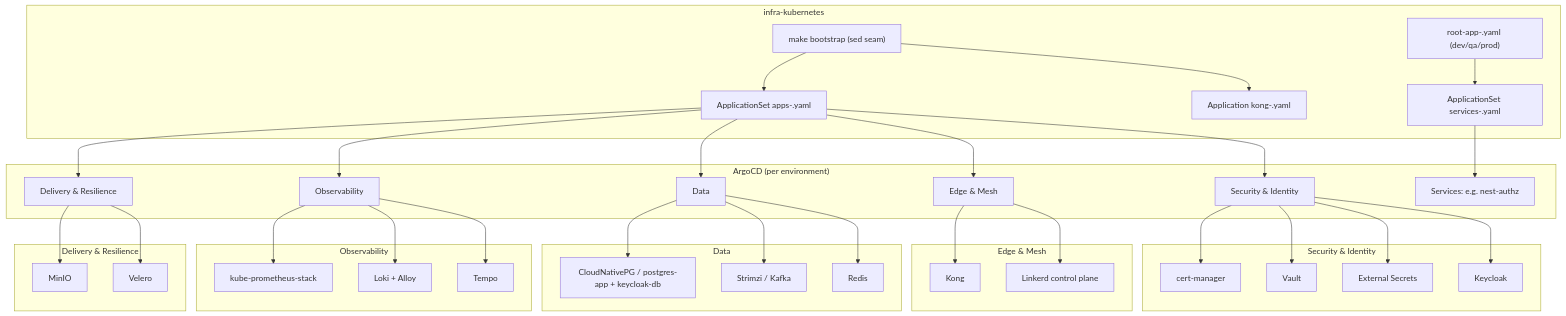
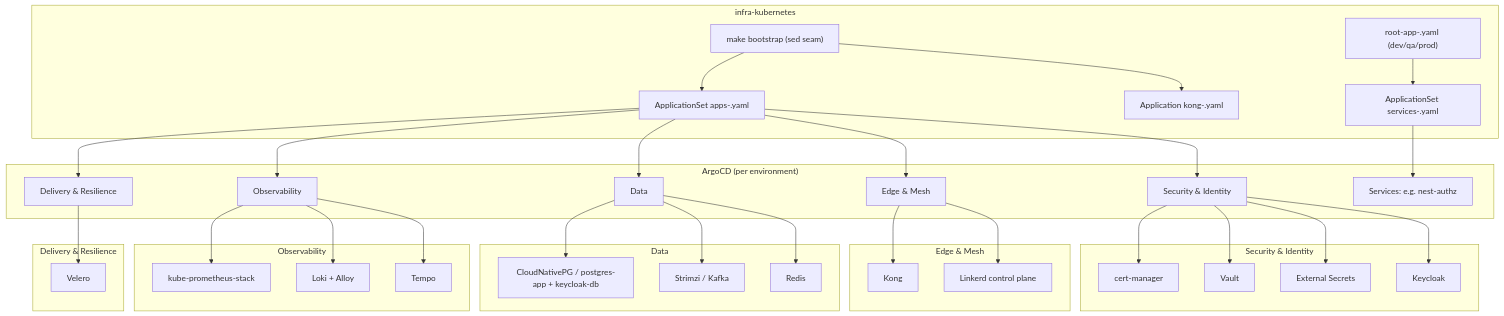
Before and after one commit to sca-templates/infra-kubernetes: the first of 3 diagrams in docs/architecture.md, drawn with Mermaid. The commit also changed other lines of this file and 50 other files, not shown here.

````diff
--- a/docs/architecture.md
+++ b/docs/architecture.md
@@ -43,40 +43,39 @@
 ```mermaid
 graph TD
     subgraph Git["infra-kubernetes"]
         MK["make bootstrap (sed seam)"] --> B["ApplicationSet apps-<env>.yaml"]
         MK --> K["Application kong-<env>.yaml"]
         A["root-app-<env>.yaml (dev/qa/prod)"] --> S["ApplicationSet services-<env>.yaml"]
     end
     subgraph ArgoCD["ArgoCD (per environment)"]
         B --> C[Security & Identity]
         B --> D[Edge & Mesh]
         B --> E[Data]
         B --> F[Observability]
         B --> G[Delivery & Resilience]
         S --> SR[Services: e.g. nest-authz]
     end
     subgraph Security["Security & Identity"]
         C --> C1[cert-manager]
         C --> C2[Vault]
         C --> C3[External Secrets]
         C --> C4[Keycloak]
     end
     subgraph Edge["Edge & Mesh"]
         D --> D1[Kong]
         D --> D2[Linkerd control plane]
     end
     subgraph Data["Data"]
         E --> E1[CloudNativePG / postgres-app + keycloak-db]
         E --> E2[Strimzi / Kafka]
         E --> E3[Redis]
     end
     subgraph Obs["Observability"]
         F --> F1[kube-prometheus-stack]
         F --> F2[Loki + Alloy]
         F --> F3[Tempo]
     end
     subgraph Delivery["Delivery & Resilience"]
-        G --> G1[MinIO]
         G --> G2[Velero]
     end
 ```
````
